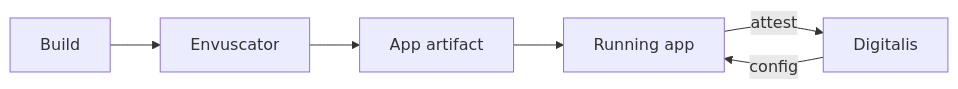
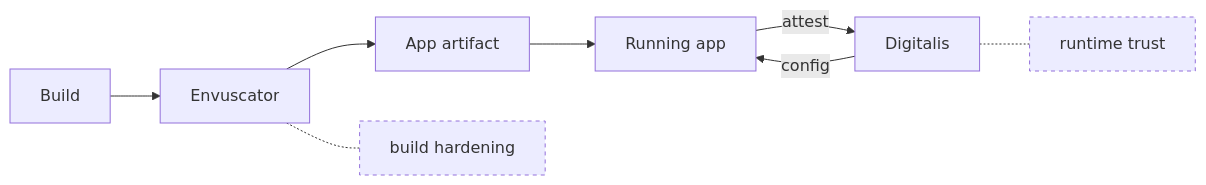
One commit to hackelia-micrantha/.github changed the fifth of 9 diagrams in profile/README.md. Above: the diagram before and after it, drawn with Mermaid. The commit also changed other lines of this file, not shown here.

Commit message:
docs: add terse Mermaid note labels

````diff
--- a/profile/README.md
+++ b/profile/README.md
@@ -159,6 +173,10 @@
 ```mermaid
 flowchart LR
   B["Build"] --> E["Envuscator"] --> A["App artifact"] --> R["Running app"]
   R -->|attest| D["Digitalis"]
   D -->|config| R
+
+  E -.- EN["build hardening"]:::note
+  D -.- DN["runtime trust"]:::note
+  classDef note stroke-dasharray: 4 4;
 ```
````
